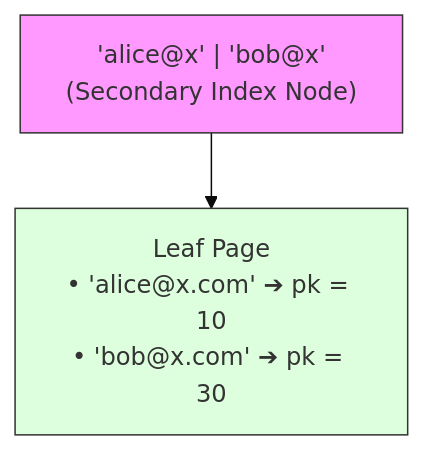
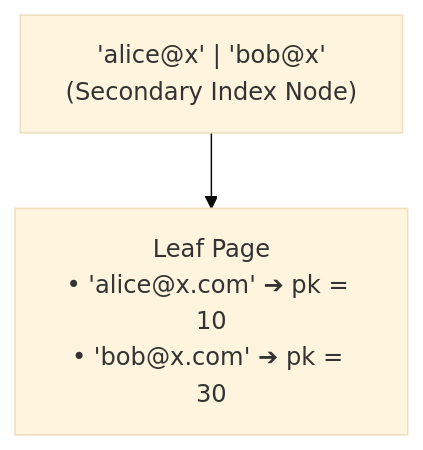
The third of 5 diagrams in System_Design_Docs/mysql-innodb/README.md (KnightKnight27/scaler-Adv-DBMS), drawn with Mermaid (base theme) before and after one commit. The commit also changed other lines of this file and 3 other files, not shown here.

Commit message:
chore: change styling for diagrams

````diff
--- a/System_Design_Docs/mysql-innodb/README.md
+++ b/System_Design_Docs/mysql-innodb/README.md
@@ -88,10 +72,7 @@
 ```mermaid
 graph TD
     Root["'alice@x' | 'bob@x'<br>(Secondary Index Node)"]
     Leaf["Leaf Page<br>• 'alice@x.com' ➔ pk = 10<br>• 'bob@x.com' ➔ pk = 30"]
 
     Root --> Leaf
-
-    style Root fill:#f9f,stroke:#333,stroke-width:1px
-    style Leaf fill:#dfd,stroke:#333,stroke-width:1px
 ```
````
